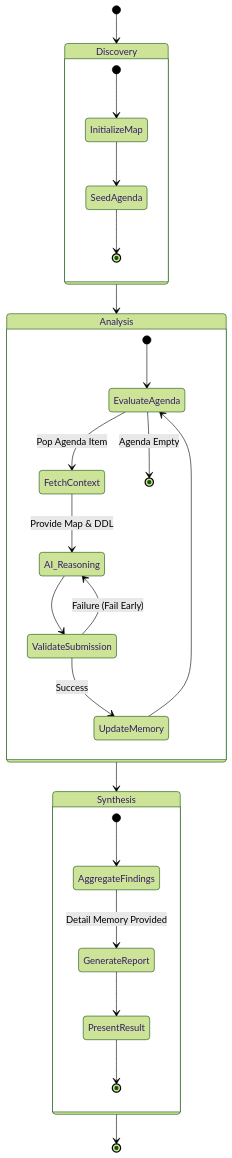
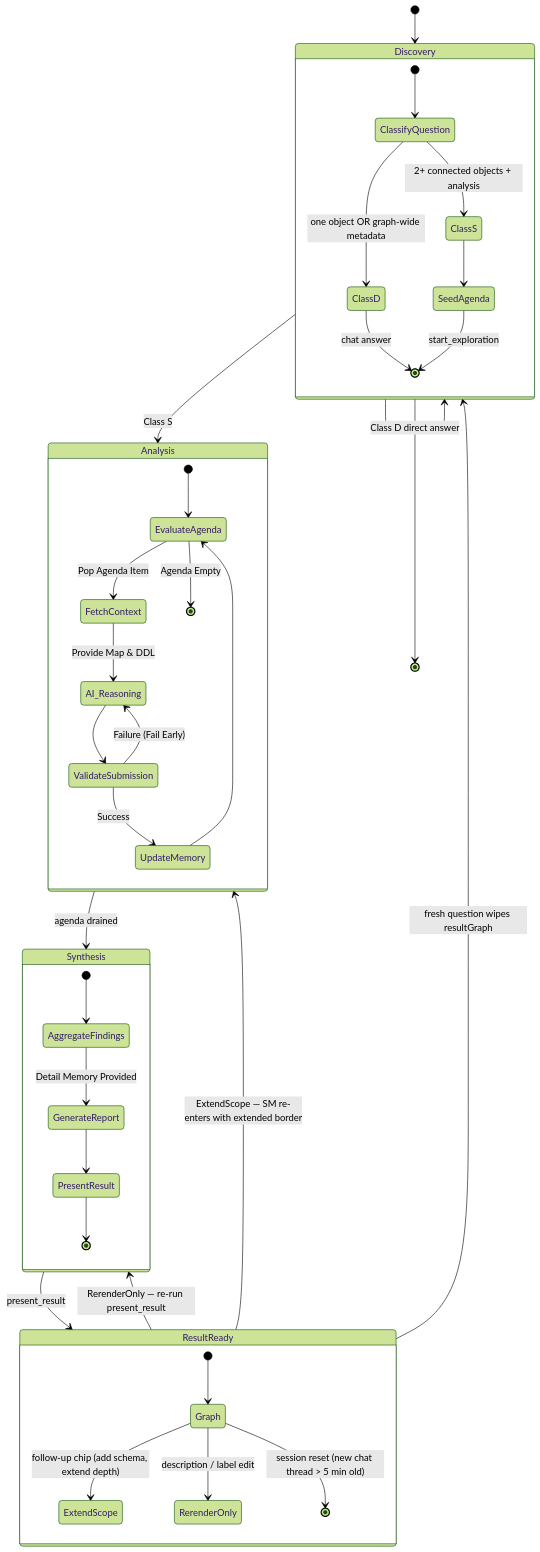
The first of 6 diagrams in docs/AI_ARCHITECTURE.md (ChrisDevRepo/vscode_data_lineage), drawn with Mermaid (forest theme) before and after one commit. The commit also changed other lines of this file and 1 other file, not shown here.

Commit message:
docs(ai): tool×phase matrix, 4-phase lifecycle, Class D/S routing
AI_ARCHITECTURE.md
- New `## Tools` section after VS Code API Compliance: per-tool phase
  scoping, purpose, and pointer to internal reference. Named
  `get_neighborhood` as LM-disabled in every phase and explains why.
- State-diagram mermaid updated to the 4-phase lifecycle:
  Discovery → {Class D direct answer | Class S start_exploration}
  Analysis → Synthesis → ResultReady (follow-up closing-circle state)
  with transitions for extend-scope, re-render-only, and fresh-question.

AI_PROMPTS.md
- New § 1.5 Post-Synthesis Follow-up documents the closing-circle loop
  that was previously undocumented despite the 5-min cross-thread graft
  window in lineageParticipant.ts.
- § 1.6 Stage-Placement Invariants renumbered.

````diff
--- a/docs/AI_ARCHITECTURE.md
+++ b/docs/AI_ARCHITECTURE.md
@@ -178,34 +198,50 @@
 ```mermaid
 stateDiagram-v2
     [*] --> Discovery
-    
+
     state Discovery {
-        [*] --> InitializeMap
-        InitializeMap --> SeedAgenda
-        SeedAgenda --> [*]
+        [*] --> ClassifyQuestion
+        ClassifyQuestion --> ClassD: one object OR graph-wide metadata
+        ClassifyQuestion --> ClassS: 2+ connected objects + analysis
+        ClassD --> [*]: chat answer
+        ClassS --> SeedAgenda
+        SeedAgenda --> [*]: start_exploration
     }
-    
-    Discovery --> Analysis
-    
+
+    Discovery --> Analysis: Class S
+    Discovery --> Discovery: Class D direct answer
+
     state Analysis {
         [*] --> EvaluateAgenda
         EvaluateAgenda --> FetchContext: Pop Agenda Item
         FetchContext --> AI_Reasoning: Provide Map & DDL
         AI_Reasoning --> ValidateSubmission
         ValidateSubmission --> UpdateMemory: Success
         ValidateSubmission --> AI_Reasoning: Failure (Fail Early)
         UpdateMemory --> EvaluateAgenda
         EvaluateAgenda --> [*]: Agenda Empty
     }
-    
-    Analysis --> Synthesis
-    
+
+    Analysis --> Synthesis: agenda drained
+
     state Synthesis {
         [*] --> AggregateFindings
         AggregateFindings --> GenerateReport: Detail Memory Provided
         GenerateReport --> PresentResult
         PresentResult --> [*]
     }
-    
-    Synthesis --> [*]
+
+    Synthesis --> ResultReady: present_result
+
+    state ResultReady {
+        [*] --> Graph
+        Graph --> ExtendScope: follow-up chip (add schema, extend depth)
+        Graph --> RerenderOnly: description / label edit
+        Graph --> [*]: session reset (new chat thread > 5 min old)
+    }
+
+    ResultReady --> Analysis: ExtendScope — SM re-enters with extended border
+    ResultReady --> Synthesis: RerenderOnly — re-run present_result
+    ResultReady --> Discovery: fresh question wipes resultGraph
+    Discovery --> [*]
 ```
````
